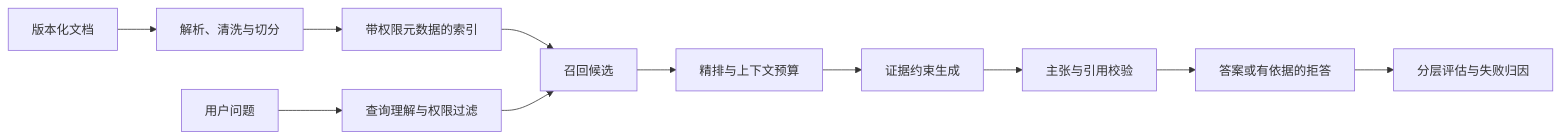
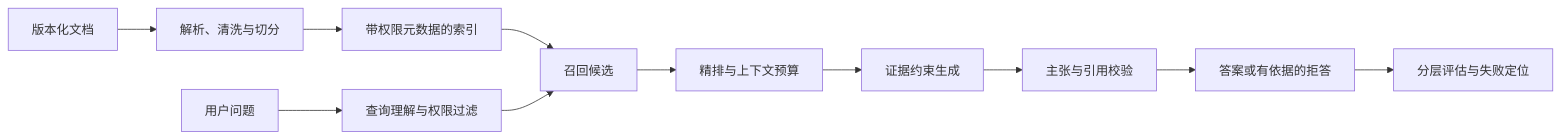
One commit to ChanChiChoi/llm-from-zero-to-interview changed the diagram in book-03-practical-handbook/chapters/07-rag项目实战-1-文档与切分.md. Above: the diagram before and after it, drawn with Mermaid. The commit also changed other lines of this file and 78 other files, not shown here.

````diff
--- a/book-03-practical-handbook/chapters/07-rag项目实战-1-文档与切分.md
+++ b/book-03-practical-handbook/chapters/07-rag项目实战-1-文档与切分.md
@@ -20,13 +20,13 @@
 ```mermaid
 flowchart LR
     A["版本化文档"] --> B["解析、清洗与切分"]
     B --> C["带权限元数据的索引"]
     Q["用户问题"] --> F["查询理解与权限过滤"]
     C --> G["召回候选"]
     F --> G
     G --> H["精排与上下文预算"]
     H --> I["证据约束生成"]
     I --> J["主张与引用校验"]
     J --> K["答案或有依据的拒答"]
-    K --> L["分层评估与失败归因"]
+    K --> L["分层评估与失败定位"]
 ```
````
